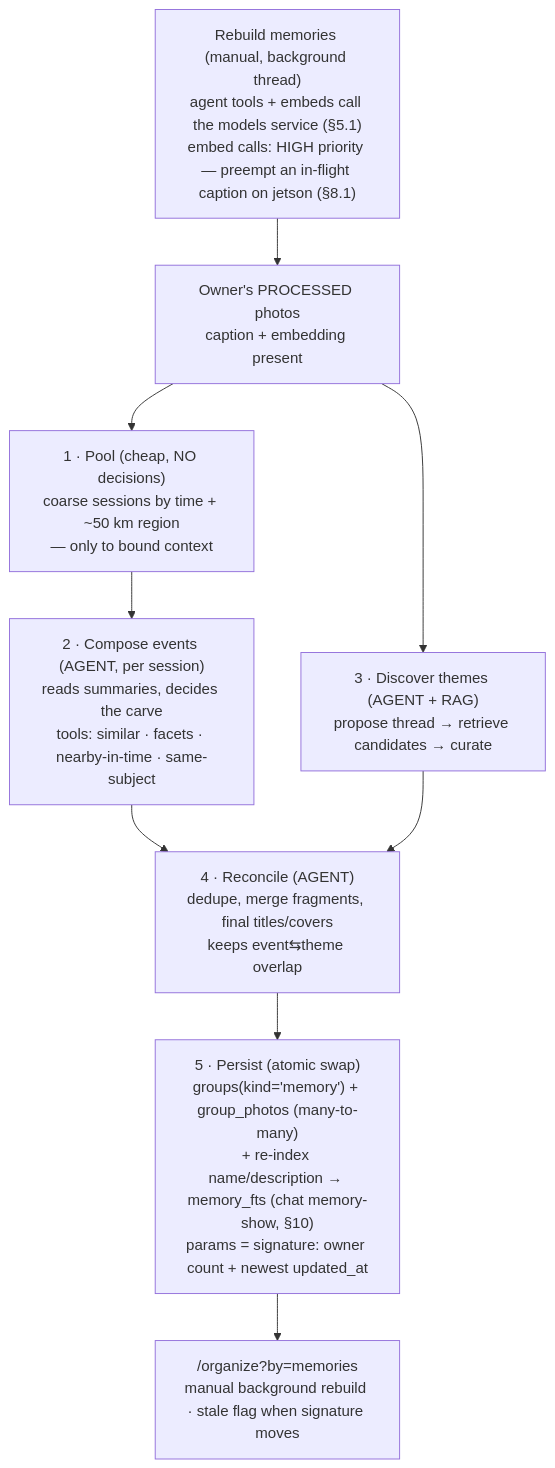
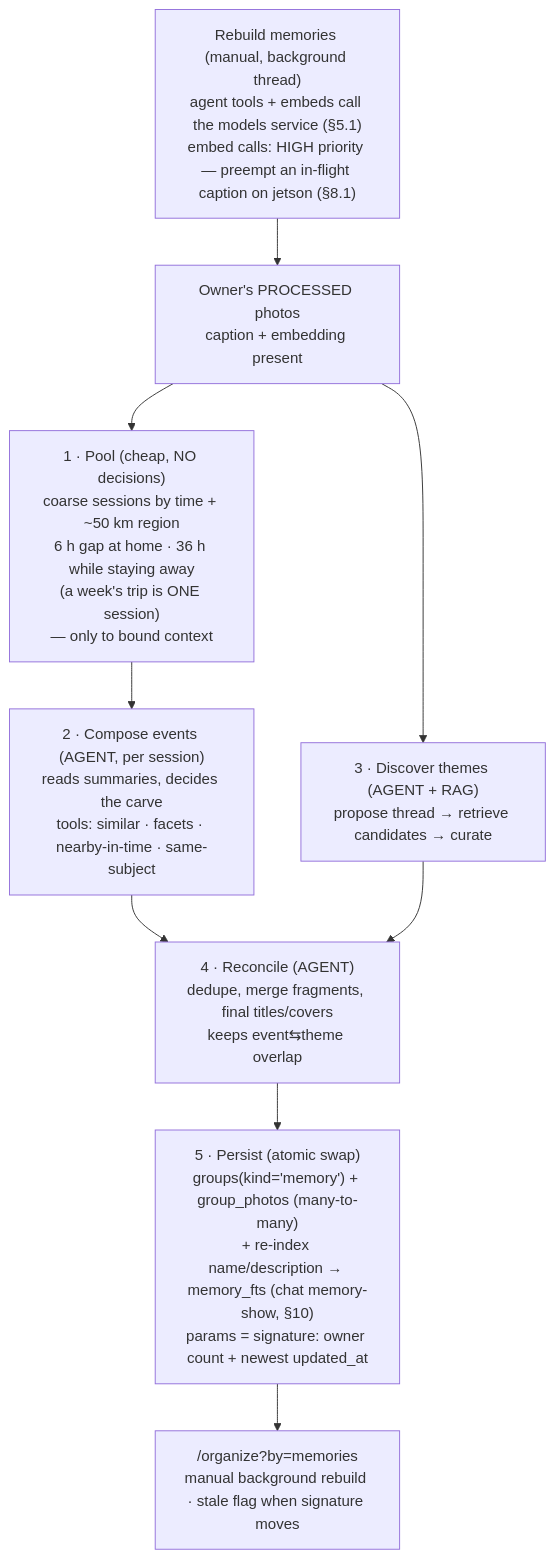
Before and after one commit to sadensmol/ivms777: the sixth of 6 diagrams in docs/design.md, drawn with Mermaid. The commit also changed other lines of this file and 48 other files, not shown here.

````diff
--- a/docs/design.md
+++ b/docs/design.md
@@ -1043,11 +1133,11 @@
 ```mermaid
 flowchart TB
     mrstart["Rebuild memories (manual, background thread)<br/>agent tools + embeds call the models service (§5.1)<br/>embed calls: HIGH priority — preempt an in-flight caption on jetson (§8.1)"] --> lib
-    lib["Owner's PROCESSED photos<br/>caption + embedding present"] --> pool["1 · Pool (cheap, NO decisions)<br/>coarse sessions by time + ~50 km region<br/>— only to bound context"]
+    lib["Owner's PROCESSED photos<br/>caption + embedding present"] --> pool["1 · Pool (cheap, NO decisions)<br/>coarse sessions by time + ~50 km region<br/>6 h gap at home · 36 h while staying away<br/>(a week's trip is ONE session)<br/>— only to bound context"]
     pool --> events["2 · Compose events (AGENT, per session)<br/>reads summaries, decides the carve<br/>tools: similar · facets · nearby-in-time · same-subject"]
     lib --> themes["3 · Discover themes (AGENT + RAG)<br/>propose thread → retrieve candidates → curate"]
     events --> recon["4 · Reconcile (AGENT)<br/>dedupe, merge fragments, final titles/covers<br/>keeps event⇆theme overlap"]
     themes --> recon
     recon --> persist["5 · Persist (atomic swap)<br/>groups(kind='memory') + group_photos (many-to-many)<br/>+ re-index name/description → memory_fts (chat memory-show, §10)<br/>params = signature: owner count + newest updated_at"]
     persist --> ui["/organize?by=memories<br/>manual background rebuild · stale flag when signature moves"]
 ```
````
